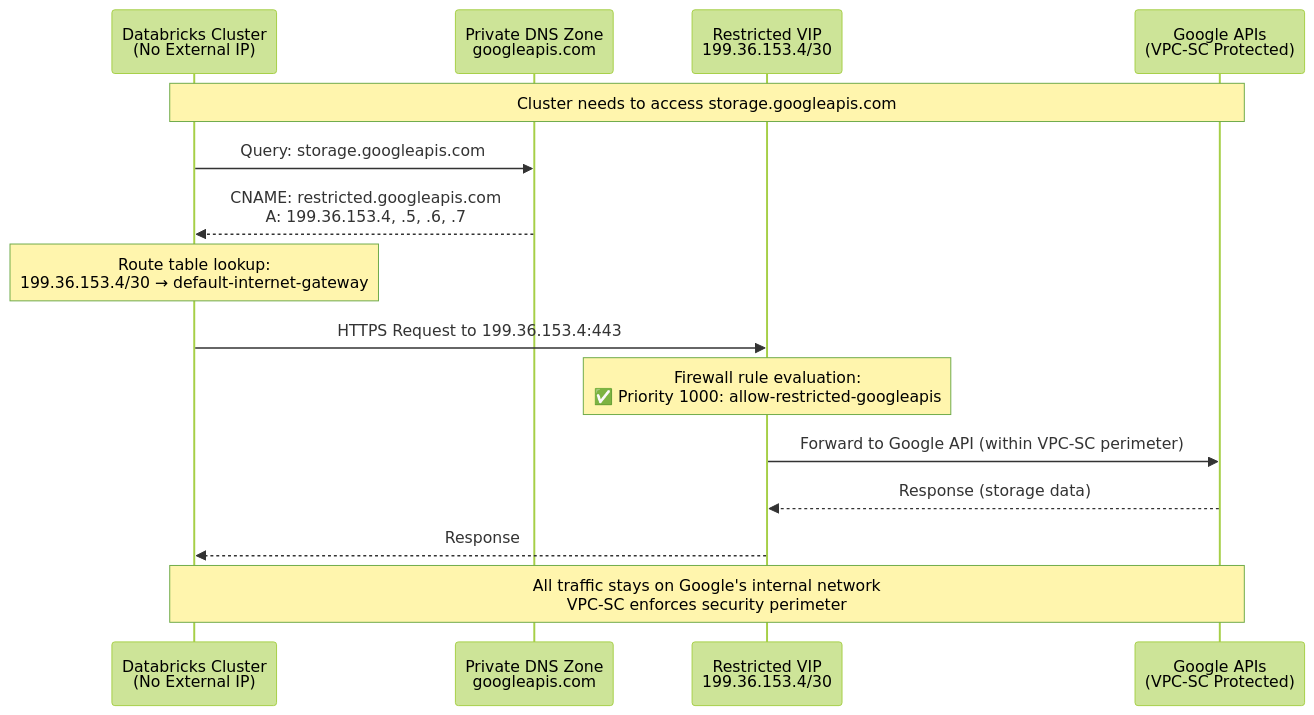
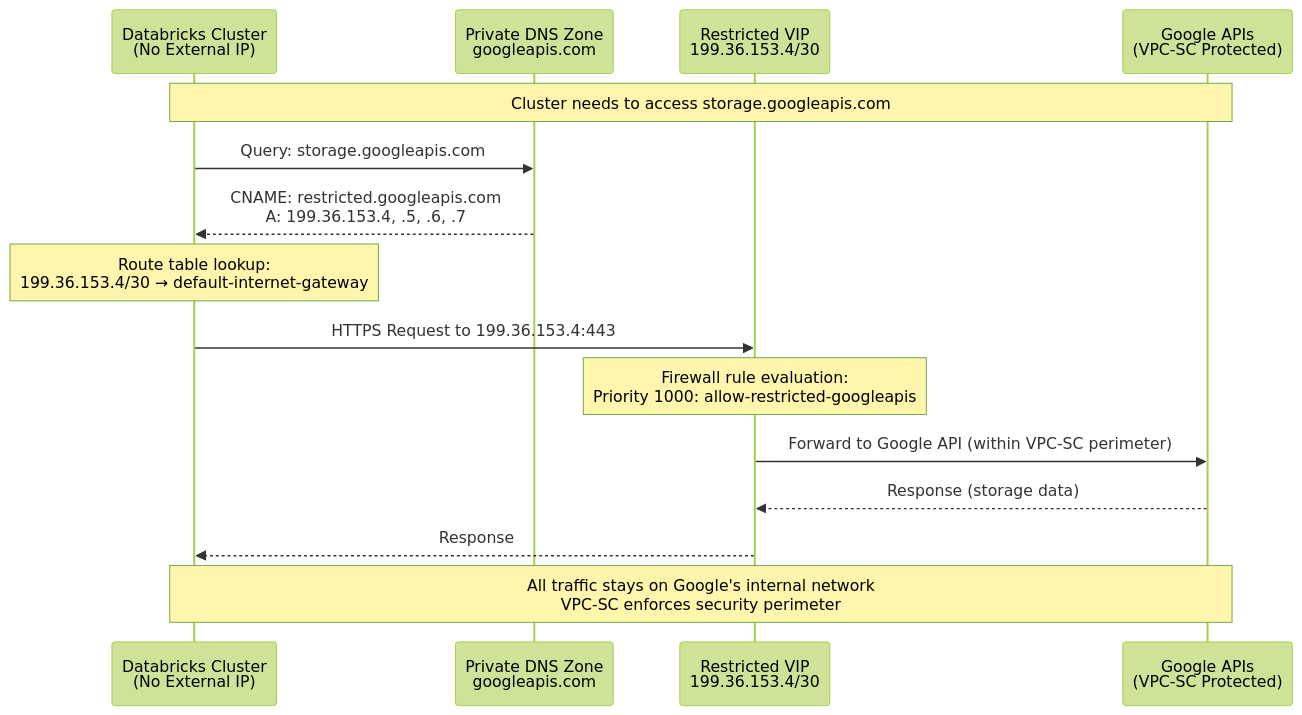
The third of 3 diagrams in gcpdb4u/security/LockDown-VPC-Firewall-Rules.md (bhavink/databricks), drawn with Mermaid (forest theme) before and after one commit. The commit also changed other lines of this file and 81 other files, not shown here.

````diff
--- a/gcpdb4u/security/LockDown-VPC-Firewall-Rules.md
+++ b/gcpdb4u/security/LockDown-VPC-Firewall-Rules.md
@@ -294,24 +294,24 @@
 ```mermaid
 sequenceDiagram
     participant Cluster as Databricks Cluster<br/>(No External IP)
     participant DNS as Private DNS Zone<br/>googleapis.com
     participant VIP as Restricted VIP<br/>199.36.153.4/30
     participant API as Google APIs<br/>(VPC-SC Protected)
 
     Note over Cluster,API: Cluster needs to access storage.googleapis.com
 
     Cluster->>DNS: Query: storage.googleapis.com
     DNS-->>Cluster: CNAME: restricted.googleapis.com<br/>A: 199.36.153.4, .5, .6, .7
 
     Note over Cluster: Route table lookup:<br/>199.36.153.4/30 → default-internet-gateway
 
     Cluster->>VIP: HTTPS Request to 199.36.153.4:443
 
-    Note over VIP: Firewall rule evaluation:<br/>✅ Priority 1000: allow-restricted-googleapis
+    Note over VIP: Firewall rule evaluation:<br/> Priority 1000: allow-restricted-googleapis
 
     VIP->>API: Forward to Google API (within VPC-SC perimeter)
     API-->>VIP: Response (storage data)
     VIP-->>Cluster: Response
 
     Note over Cluster,API: All traffic stays on Google's internal network<br/>VPC-SC enforces security perimeter
 ```
````
